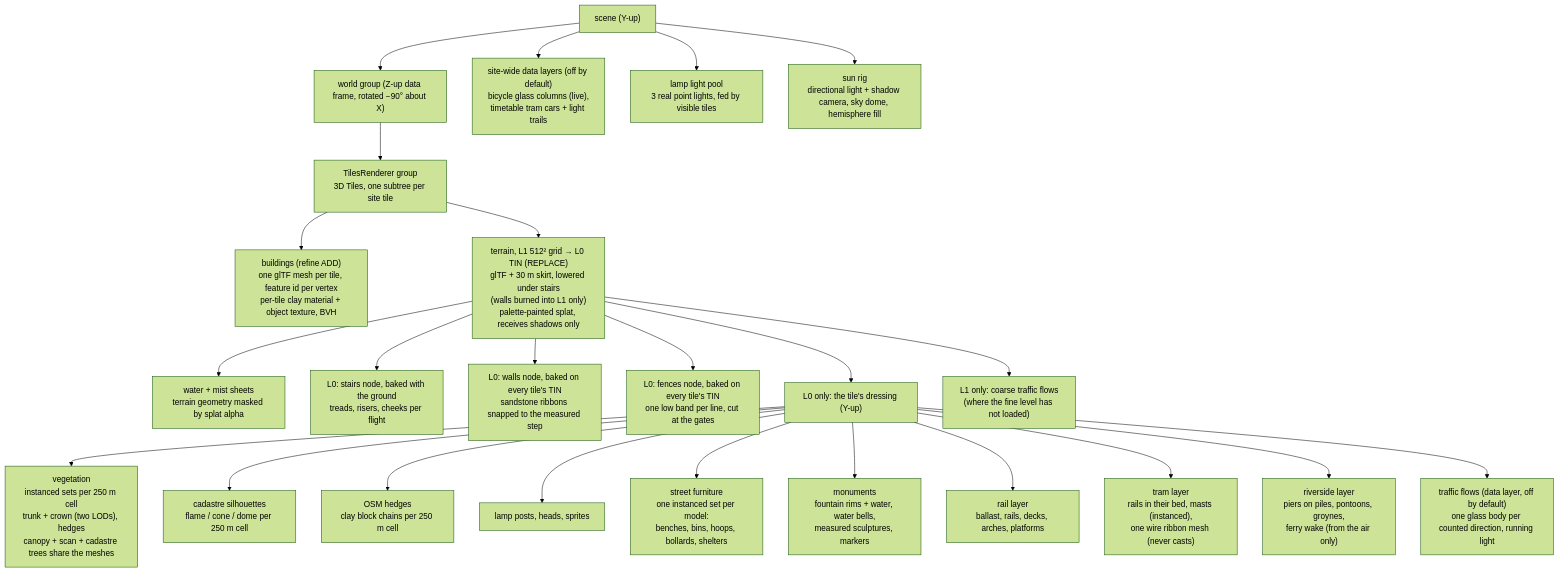
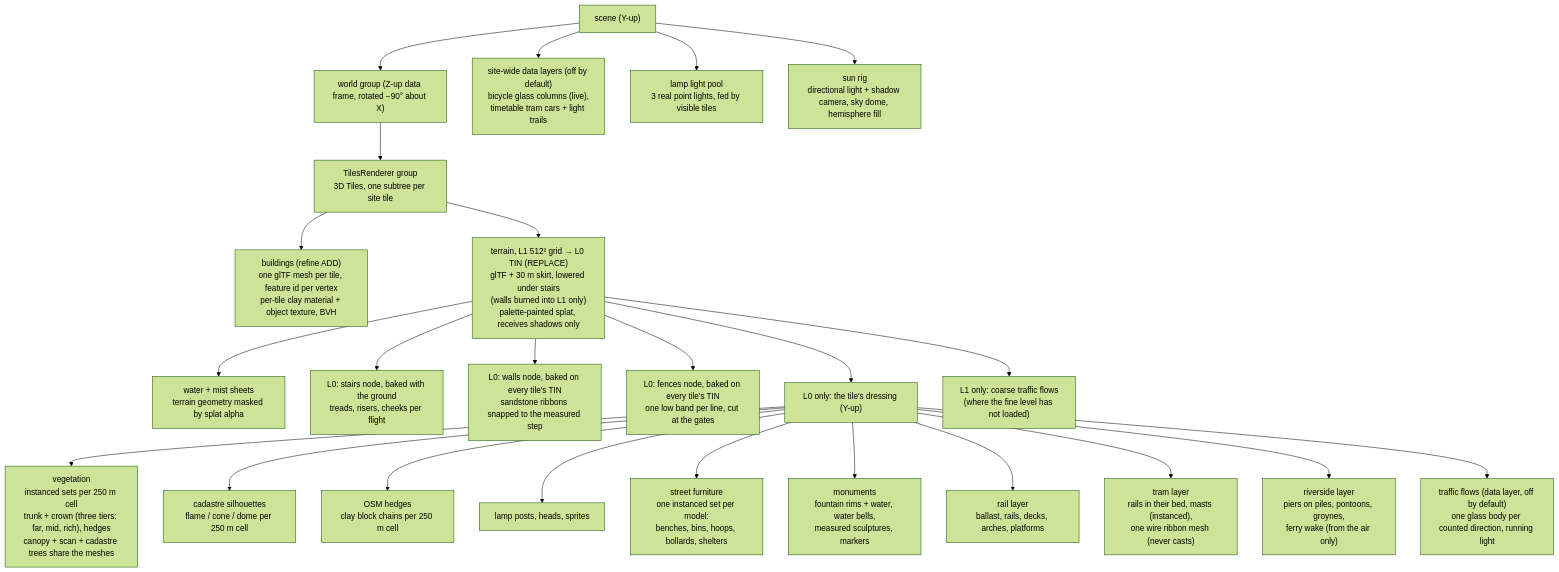
One commit to mdugue/bridge changed the first of 2 diagrams in docs/rendering.md. Above: the diagram before and after it, drawn with Mermaid (forest theme). The commit also changed other lines of this file and 37 other files, not shown here.

````diff
--- a/docs/rendering.md
+++ b/docs/rendering.md
@@ -25,29 +25,29 @@
 ```mermaid
 flowchart TB
   SCENE["scene (Y-up)"]
   WORLD["world group (Z-up data frame, rotated −90° about X)"]
   TILES["TilesRenderer group<br/>3D Tiles, one subtree per site tile"]
   SCENE --> WORLD
   WORLD --> TILES
   TILES --> CITY["buildings (refine ADD)<br/>one glTF mesh per tile, feature id per vertex<br/>per-tile clay material + object texture, BVH"]
   TILES --> TER["terrain, L1 512² grid → L0 TIN (REPLACE)<br/>glTF + 30 m skirt, lowered under stairs<br/>(walls burned into L1 only)<br/>palette-painted splat, receives shadows only"]
   TER --> WAT["water + mist sheets<br/>terrain geometry masked by splat alpha"]
   TER --> STAIR["L0: stairs node, baked with the ground<br/>treads, risers, cheeks per flight"]
   TER --> WALL["L0: walls node, baked on every tile's TIN<br/>sandstone ribbons snapped to the measured step"]
   TER --> FENCE["L0: fences node, baked on every tile's TIN<br/>one low band per line, cut at the gates"]
   TER --> DRESS["L0 only: the tile's dressing (Y-up)"]
-  DRESS --> VEG["vegetation<br/>instanced sets per 250 m cell<br/>trunk + crown (two LODs), hedges<br/>canopy + scan + cadastre trees share the meshes"]
+  DRESS --> VEG["vegetation<br/>instanced sets per 250 m cell<br/>trunk + crown (three tiers: far, mid, rich), hedges<br/>canopy + scan + cadastre trees share the meshes"]
   DRESS --> INV["cadastre silhouettes<br/>flame / cone / dome per 250 m cell"]
   DRESS --> LOW["OSM hedges<br/>clay block chains per 250 m cell"]
   DRESS --> LAMP["lamp posts, heads, sprites"]
   DRESS --> FURN["street furniture<br/>one instanced set per model:<br/>benches, bins, hoops, bollards, shelters"]
   DRESS --> MON["monuments<br/>fountain rims + water, water bells,<br/>measured sculptures, markers"]
   DRESS --> RAIL["rail layer<br/>ballast, rails, decks, arches, platforms"]
   DRESS --> TRAM["tram layer<br/>rails in their bed, masts (instanced),<br/>one wire ribbon mesh (never casts)"]
   DRESS --> RIV["riverside layer<br/>piers on piles, pontoons, groynes,<br/>ferry wake (from the air only)"]
   DRESS --> TRAF["traffic flows (data layer, off by default)<br/>one glass body per counted direction, running light"]
   TER --> TRAFC["L1 only: coarse traffic flows<br/>(where the fine level has not loaded)"]
   SCENE --> DATA["site-wide data layers (off by default)<br/>bicycle glass columns (live),<br/>timetable tram cars + light trails"]
   SCENE --> LIGHTS["lamp light pool<br/>3 real point lights, fed by visible tiles"]
   SCENE --> SUN["sun rig<br/>directional light + shadow camera, sky dome, hemisphere fill"]
 ```
````
